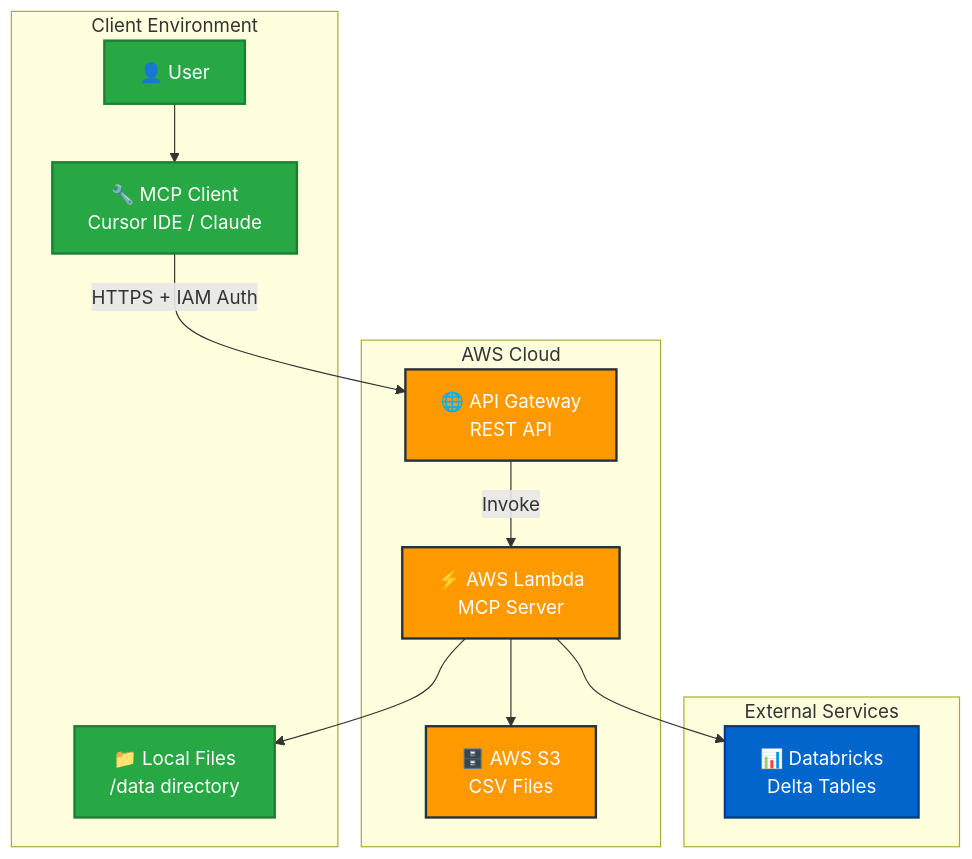
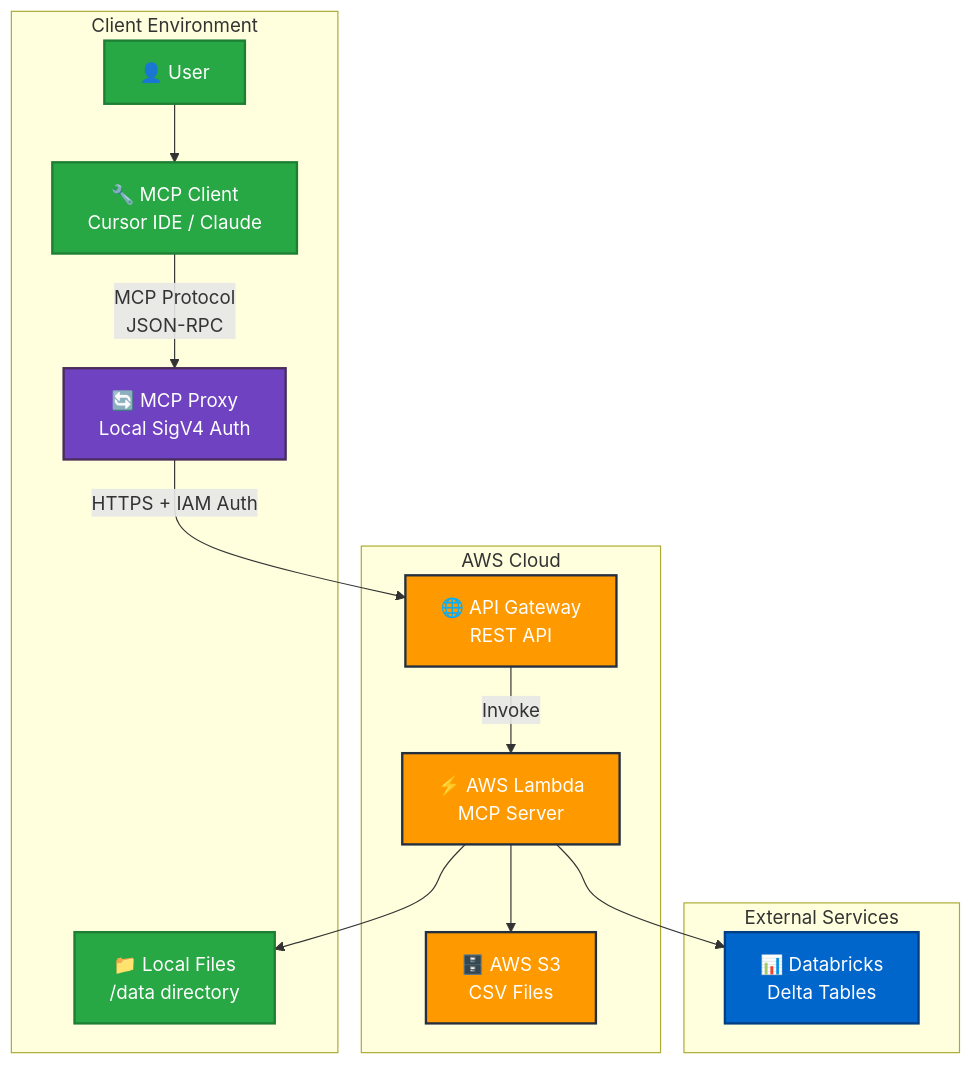
One commit to gauravkantrodtw/fast-mcp-demo changed the diagram in 0003-mcp-server-aws-lambda-deployment-architecture.md. Above: the diagram before and after it, drawn with Mermaid. The commit also changed other lines of this file and 4 other files, not shown here.

````diff
--- a/0003-mcp-server-aws-lambda-deployment-architecture.md
+++ b/0003-mcp-server-aws-lambda-deployment-architecture.md
@@ -26,34 +27,38 @@
 ```mermaid
 graph TB
     User[👤 User] --> MCPClient[🔧 MCP Client<br/>Cursor IDE / Claude]
-    MCPClient --> |"HTTPS + IAM Auth"| APIGateway[🌐 API Gateway<br/>REST API]
+    MCPClient --> |"MCP Protocol<br/>JSON-RPC"| MCPProxy[🔄 MCP Proxy<br/>Local SigV4 Auth]
+    MCPProxy --> |"HTTPS + IAM Auth"| APIGateway[🌐 API Gateway<br/>REST API]
     APIGateway --> |"Invoke"| Lambda[⚡ AWS Lambda<br/>MCP Server]
     
     Lambda --> S3[🗄️ AWS S3<br/>CSV Files]
     Lambda --> Delta[📊 Databricks<br/>Delta Tables]
     Lambda --> Local[📁 Local Files<br/>/data directory]
     
     subgraph "AWS Cloud"
         APIGateway
         Lambda
         S3
     end
     
     subgraph "External Services"
         Delta
     end
     
     subgraph "Client Environment"
         User
         MCPClient
+        MCPProxy
         Local
     end
     
     classDef aws fill:#ff9900,stroke:#232f3e,stroke-width:2px,color:#fff
     classDef external fill:#0066cc,stroke:#003d82,stroke-width:2px,color:#fff
     classDef client fill:#28a745,stroke:#1e7e34,stroke-width:2px,color:#fff
+    classDef proxy fill:#6f42c1,stroke:#4a2c5a,stroke-width:2px,color:#fff
     
     class APIGateway,Lambda,S3 aws
     class Delta external
     class User,MCPClient,Local client
+    class MCPProxy proxy
 ```
````
